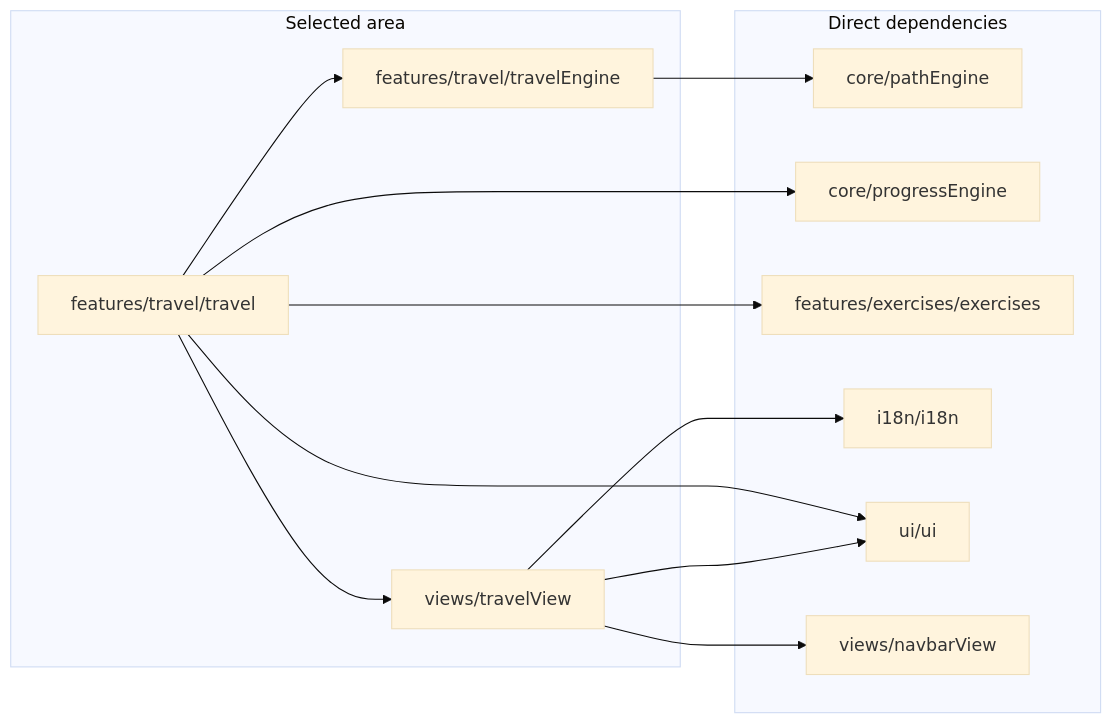
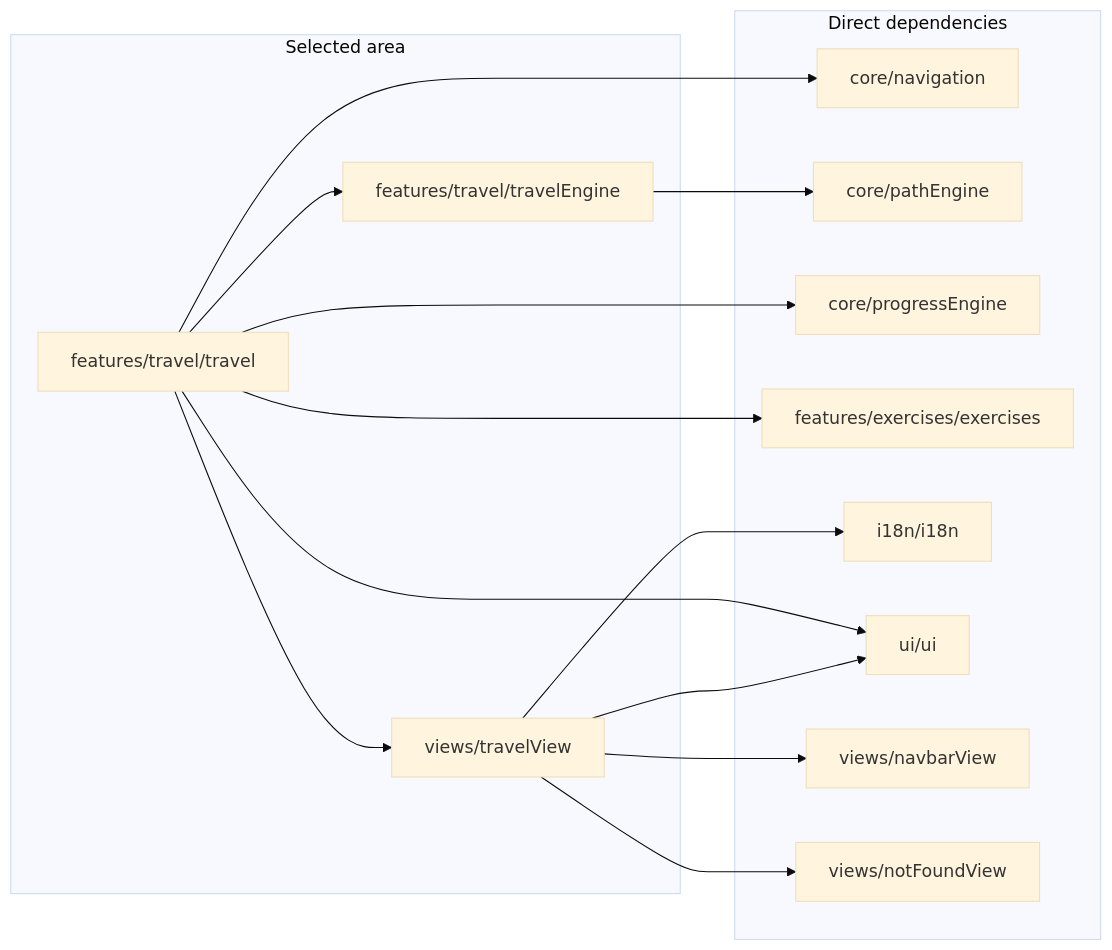
Before and after one commit to temsahak-rgb/Dino-5monde: the tenth of 12 diagrams in docs/dependency-graph.md, drawn with Mermaid (base theme). The commit also changed other lines of this file, not shown here.

Commit message:
docs: update dependency graph [skip ci]

````diff
--- a/docs/dependency-graph.md
+++ b/docs/dependency-graph.md
@@ -289,25 +289,29 @@
 ```mermaid
 flowchart LR
     subgraph S["Selected area"]
         M0["features/travel/travel"]
         M1["features/travel/travelEngine"]
         M2["views/travelView"]
     end
     subgraph D["Direct dependencies"]
-        M3["core/pathEngine"]
-        M4["core/progressEngine"]
-        M5["features/exercises/exercises"]
-        M6["i18n/i18n"]
-        M7["ui/ui"]
-        M8["views/navbarView"]
+        M3["core/navigation"]
+        M4["core/pathEngine"]
+        M5["core/progressEngine"]
+        M6["features/exercises/exercises"]
+        M7["i18n/i18n"]
+        M8["ui/ui"]
+        M9["views/navbarView"]
+        M10["views/notFoundView"]
     end
-    M0 --> M4
+    M0 --> M3
     M0 --> M5
+    M0 --> M6
     M0 --> M1
-    M0 --> M7
+    M0 --> M8
     M0 --> M2
-    M1 --> M3
-    M2 --> M6
+    M1 --> M4
     M2 --> M7
     M2 --> M8
+    M2 --> M9
+    M2 --> M10
 ```
````
